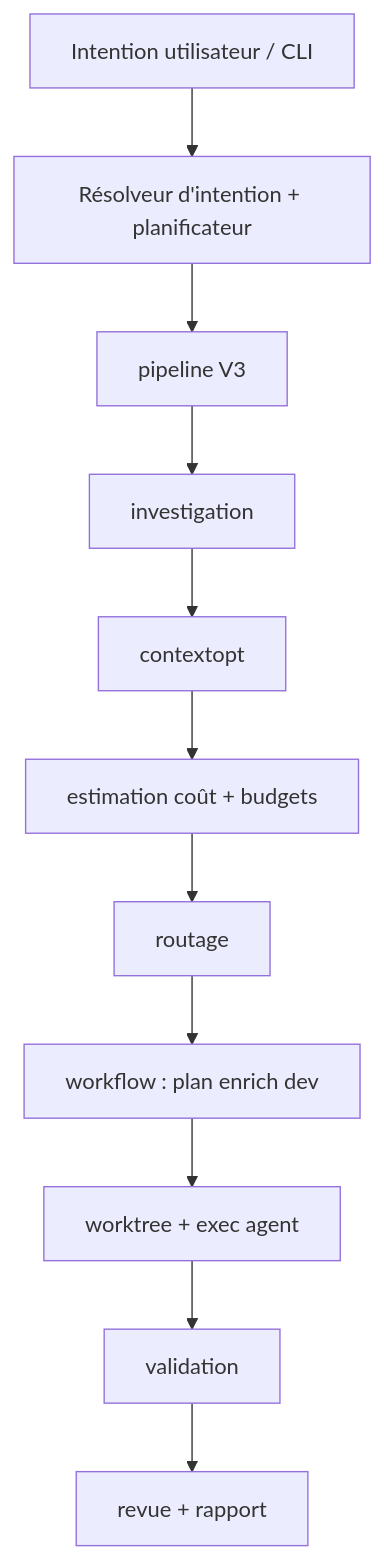
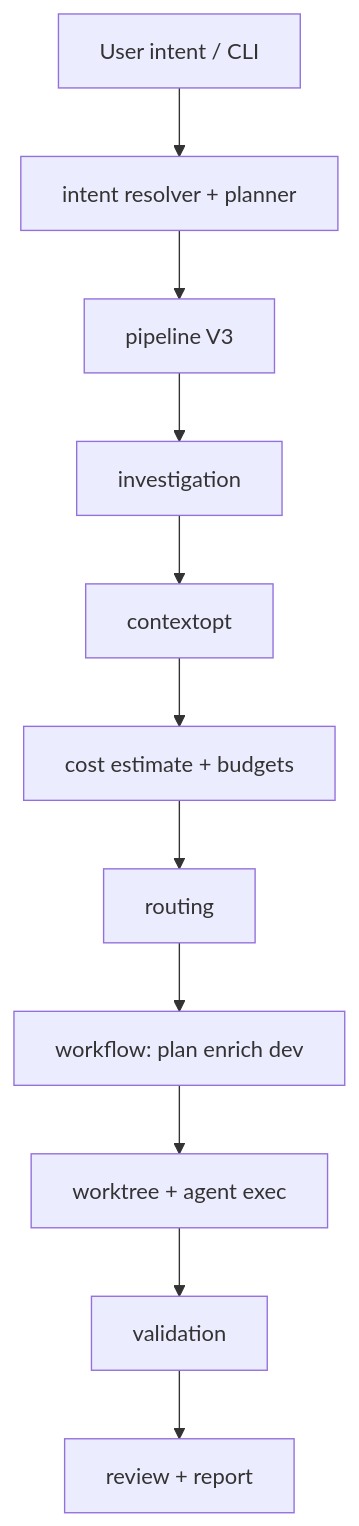
One commit to LaProgrammerie/asagiri changed the diagram in docs-site/content/docs/fr/architecture/overview.mdx. Above: the diagram before and after it, drawn with Mermaid. The commit also changed other lines of this file and 148 other files, not shown here.

````diff
--- a/docs-site/content/docs/fr/architecture/overview.mdx
+++ b/docs-site/content/docs/fr/architecture/overview.mdx
@@ -12,13 +14,13 @@
 ```mermaid
 flowchart TD
-  A[Intention utilisateur / CLI] --> B[Résolveur d'intention + planificateur]
+  A[User intent / CLI] --> B[intent resolver + planner]
   B --> C[pipeline V3]
   C --> D[investigation]
   D --> E[contextopt]
-  E --> F[estimation coût + budgets]
-  F --> G[routage]
-  G --> H[workflow : plan enrich dev]
-  H --> I[worktree + exec agent]
+  E --> F[cost estimate + budgets]
+  F --> G[routing]
+  G --> H[workflow: plan enrich dev]
+  H --> I[worktree + agent exec]
   I --> J[validation]
-  J --> K[revue + rapport]
+  J --> K[review + report]
 ```
````
